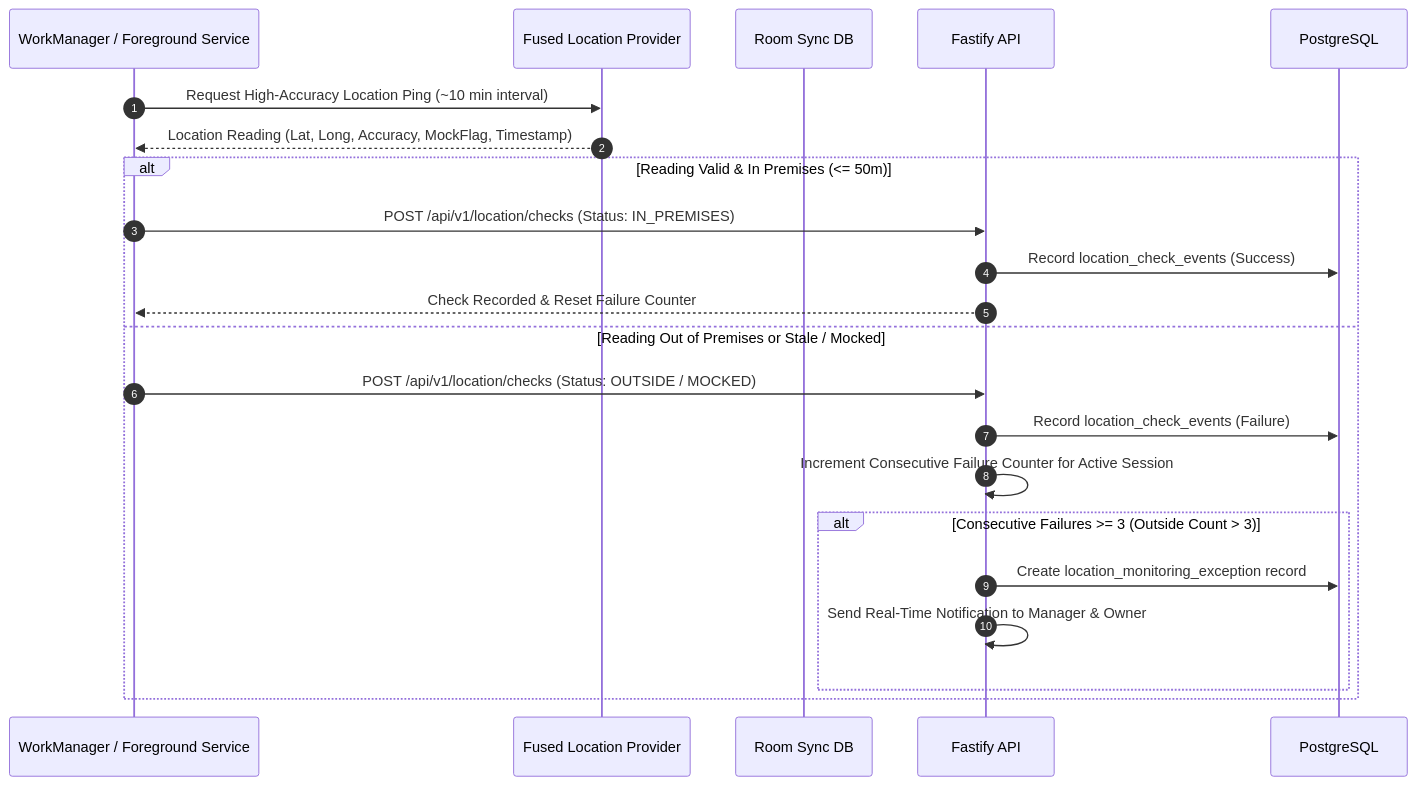
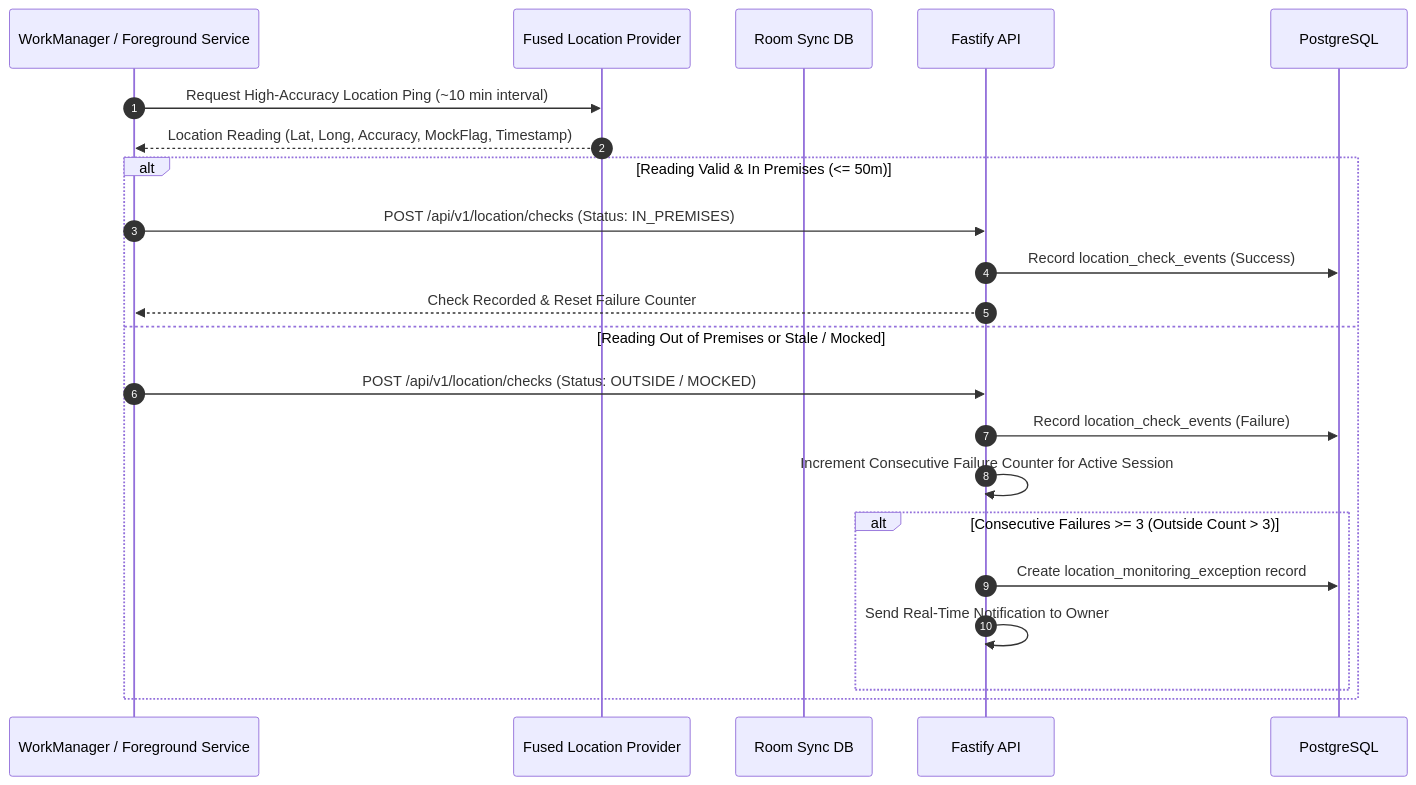
Before and after one commit to Sahin00789/presence-android-app: the diagram in docs/LOCATION_MONITORING.md, drawn with Mermaid. The commit also changed other lines of this file and 205 other files, not shown here.

````diff
--- a/docs/LOCATION_MONITORING.md
+++ b/docs/LOCATION_MONITORING.md
@@ -15,25 +15,25 @@
 ```mermaid
 sequenceDiagram
     autonumber
     participant Work as WorkManager / Foreground Service
     participant Fused as Fused Location Provider
     participant Local as Room Sync DB
     participant API as Fastify API
     participant DB as PostgreSQL
 
     Work->>Fused: Request High-Accuracy Location Ping (~10 min interval)
     Fused-->>Work: Location Reading (Lat, Long, Accuracy, MockFlag, Timestamp)
     alt Reading Valid & In Premises (<= 50m)
         Work->>API: POST /api/v1/location/checks (Status: IN_PREMISES)
         API->>DB: Record location_check_events (Success)
         API-->>Work: Check Recorded & Reset Failure Counter
     else Reading Out of Premises or Stale / Mocked
         Work->>API: POST /api/v1/location/checks (Status: OUTSIDE / MOCKED)
         API->>DB: Record location_check_events (Failure)
         API->>API: Increment Consecutive Failure Counter for Active Session
         alt Consecutive Failures >= 3 (Outside Count > 3)
             API->>DB: Create location_monitoring_exception record
-            API->>API: Send Real-Time Notification to Manager & Owner
+            API->>API: Send Real-Time Notification to Owner
         end
     end
 ```
````
